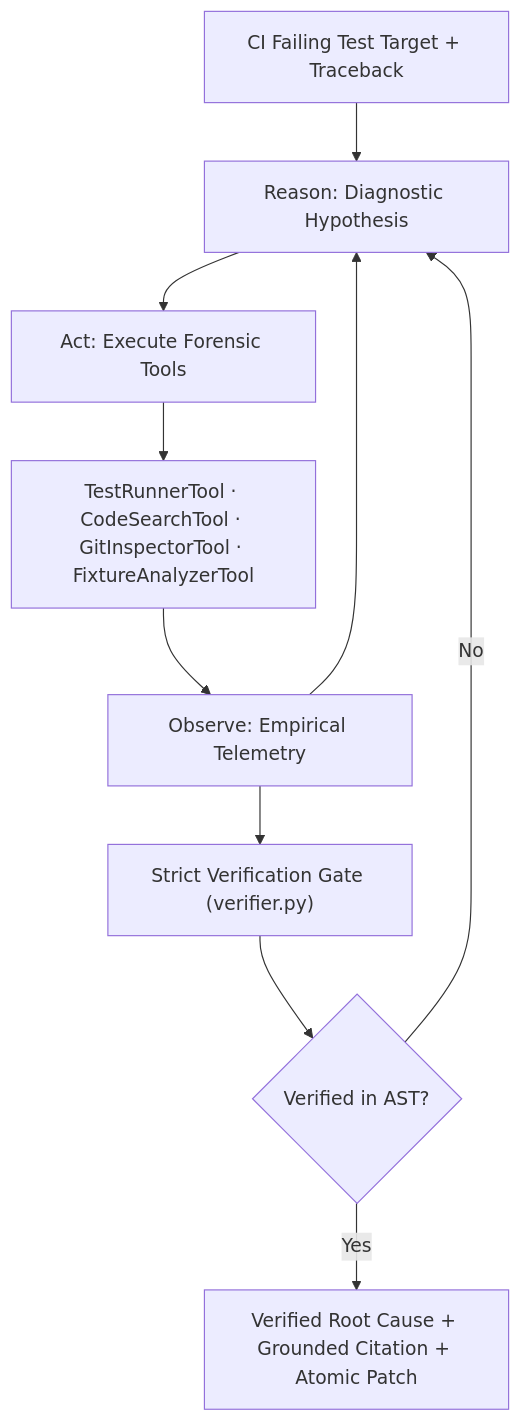
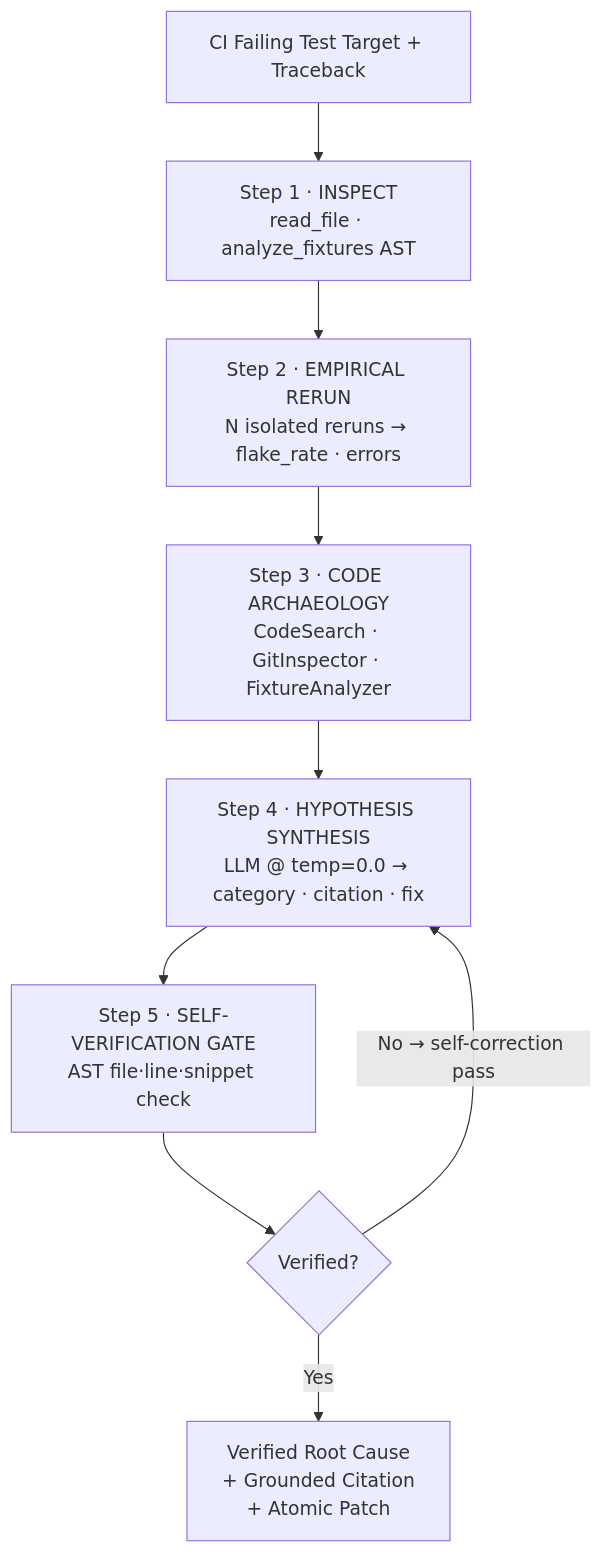
Before and after one commit to Pranjulchaurasiya/flaky-test-diagnosis-agent: the diagram in README.md, drawn with Mermaid. The commit also changed other lines of this file and 3 other files, not shown here.

Commit message:
feat: add TECHNICAL_REPORT.md (EFP architecture), fix REPRODUCE.md numbers, enhance README with academic comparison, add push-triggered integration-test CI

````diff
--- a/README.md
+++ b/README.md
@@ -146,12 +159,11 @@
 ```mermaid
 flowchart TB
-    FAIL["CI Failing Test Target + Traceback"] --> PLAN["Reason: Diagnostic Hypothesis"]
-    PLAN --> ACT["Act: Execute Forensic Tools"]
-    ACT --> TOOLS["TestRunnerTool · CodeSearchTool · GitInspectorTool · FixtureAnalyzerTool"]
-    TOOLS --> OBS["Observe: Empirical Telemetry"]
-    OBS --> PLAN
-    OBS --> CHECK["Strict Verification Gate (verifier.py)"]
-    CHECK --> CORRECT{"Verified in AST?"}
-    CORRECT -- No --> PLAN
-    CORRECT -- Yes --> DIAG["Verified Root Cause + Grounded Citation + Atomic Patch"]
+    FAIL["CI Failing Test Target + Traceback"] --> STEP1["Step 1 · INSPECT\nread_file · analyze_fixtures AST"]
+    STEP1 --> STEP2["Step 2 · EMPIRICAL RERUN\nN isolated reruns → flake_rate · errors"]
+    STEP2 --> STEP3["Step 3 · CODE ARCHAEOLOGY\nCodeSearch · GitInspector · FixtureAnalyzer"]
+    STEP3 --> STEP4["Step 4 · HYPOTHESIS SYNTHESIS\nLLM @ temp=0.0 → category · citation · fix"]
+    STEP4 --> GATE["Step 5 · SELF-VERIFICATION GATE\nAST file·line·snippet check"]
+    GATE --> CORRECT{"Verified?"}
+    CORRECT -- "No → self-correction pass" --> STEP4
+    CORRECT -- "Yes" --> DIAG["Verified Root Cause\n+ Grounded Citation\n+ Atomic Patch"]
 ```
````
